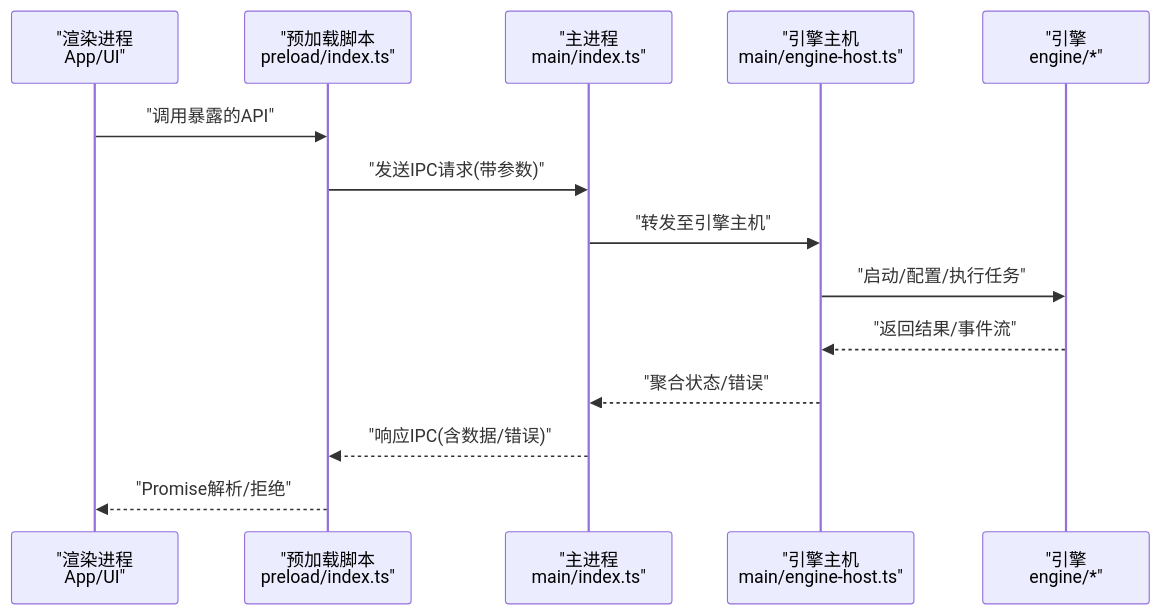
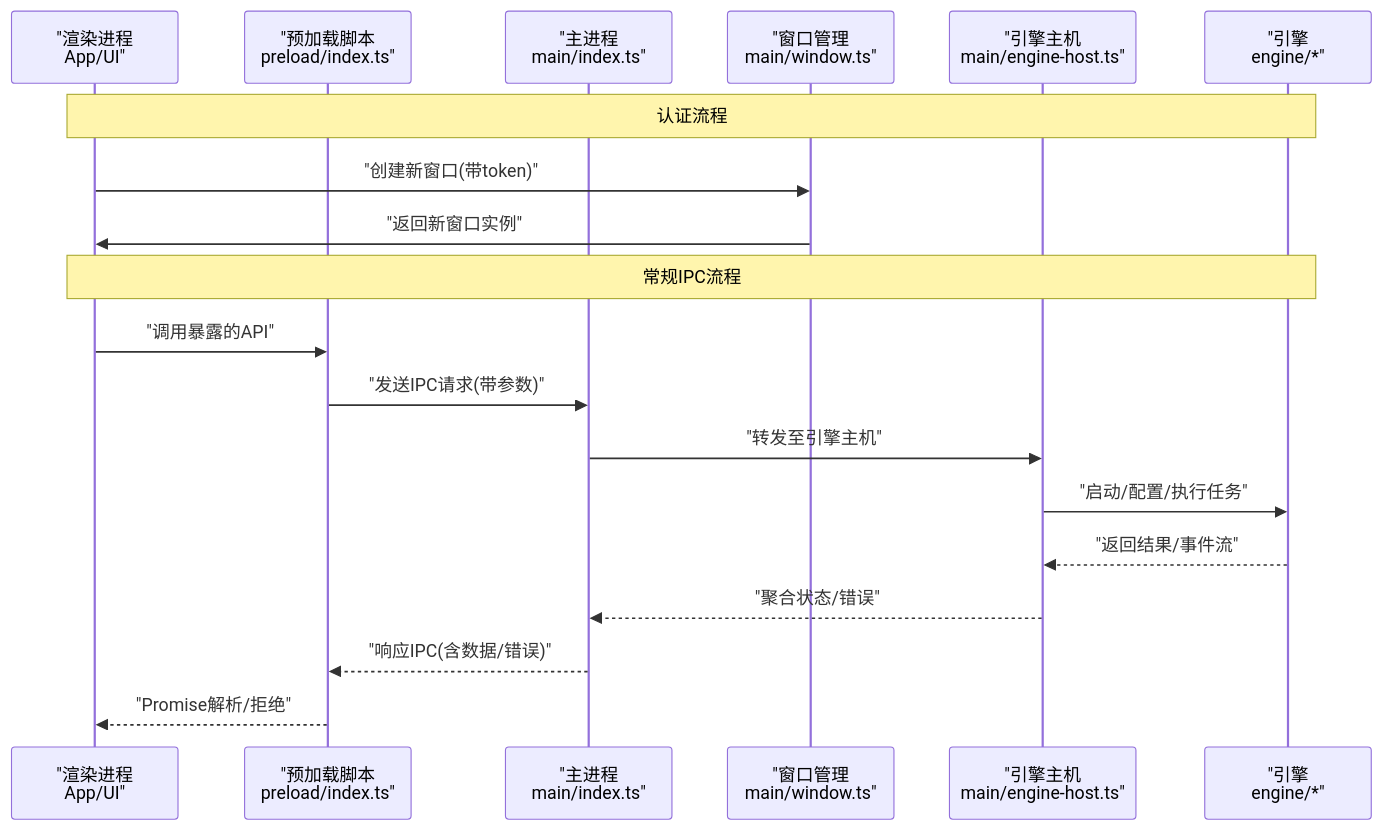
One commit to kkutysllb/KCoder changed the second of 4 diagrams in .qoder/repowiki/zh/content/API参考/IPC进程间通信.md. Above: the diagram before and after it, drawn with Mermaid. The commit also changed other lines of this file and 141 other files, not shown here.

````diff
--- a/.qoder/repowiki/zh/content/API参考/IPC进程间通信.md
+++ b/.qoder/repowiki/zh/content/API参考/IPC进程间通信.md
@@ -88,16 +105,21 @@
 ```mermaid
 sequenceDiagram
 participant UI as "渲染进程<br/>App/UI"
 participant Pre as "预加载脚本<br/>preload/index.ts"
 participant Main as "主进程<br/>main/index.ts"
+participant Win as "窗口管理<br/>main/window.ts"
 participant Host as "引擎主机<br/>main/engine-host.ts"
 participant Eng as "引擎<br/>engine/*"
+Note over UI,Eng : 认证流程
+UI->>Win : "创建新窗口(带token)"
+Win->>UI : "返回新窗口实例"
+Note over UI,Eng : 常规IPC流程
 UI->>Pre : "调用暴露的API"
 Pre->>Main : "发送IPC请求(带参数)"
 Main->>Host : "转发至引擎主机"
 Host->>Eng : "启动/配置/执行任务"
 Eng-->>Host : "返回结果/事件流"
 Host-->>Main : "聚合状态/错误"
 Main-->>Pre : "响应IPC(含数据/错误)"
 Pre-->>UI : "Promise解析/拒绝"
 ```
````
